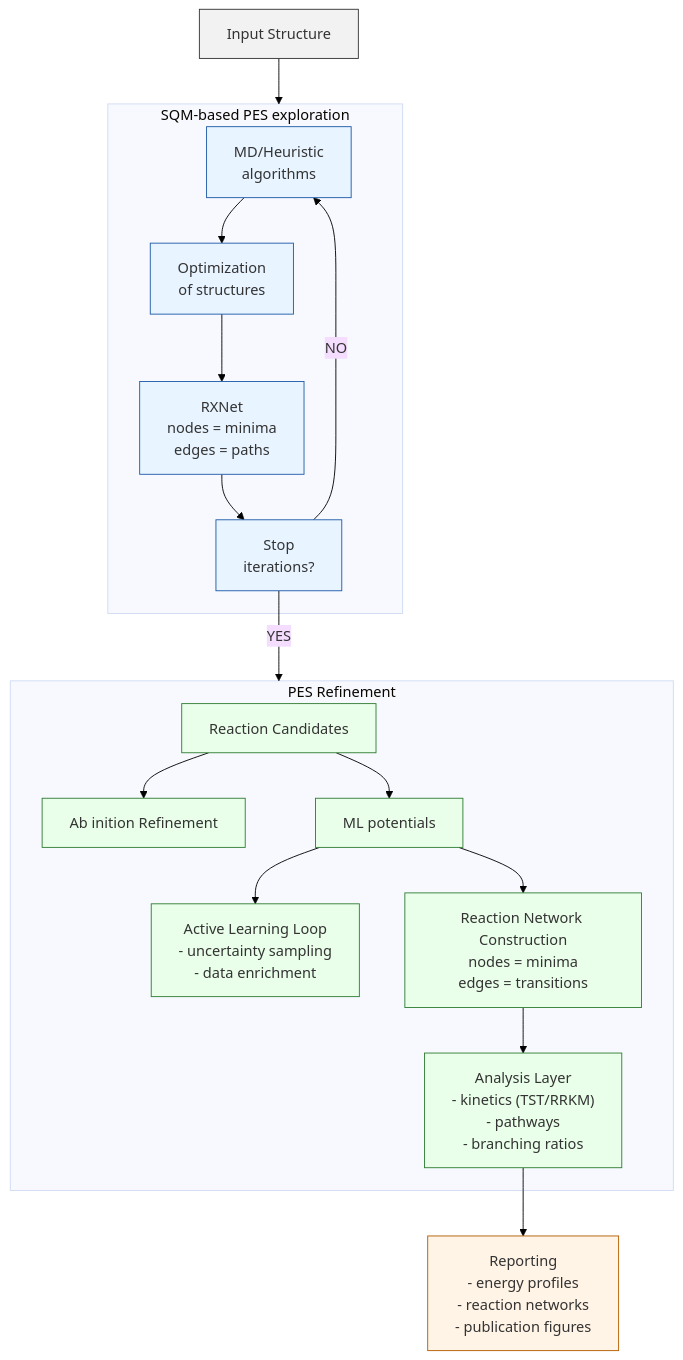
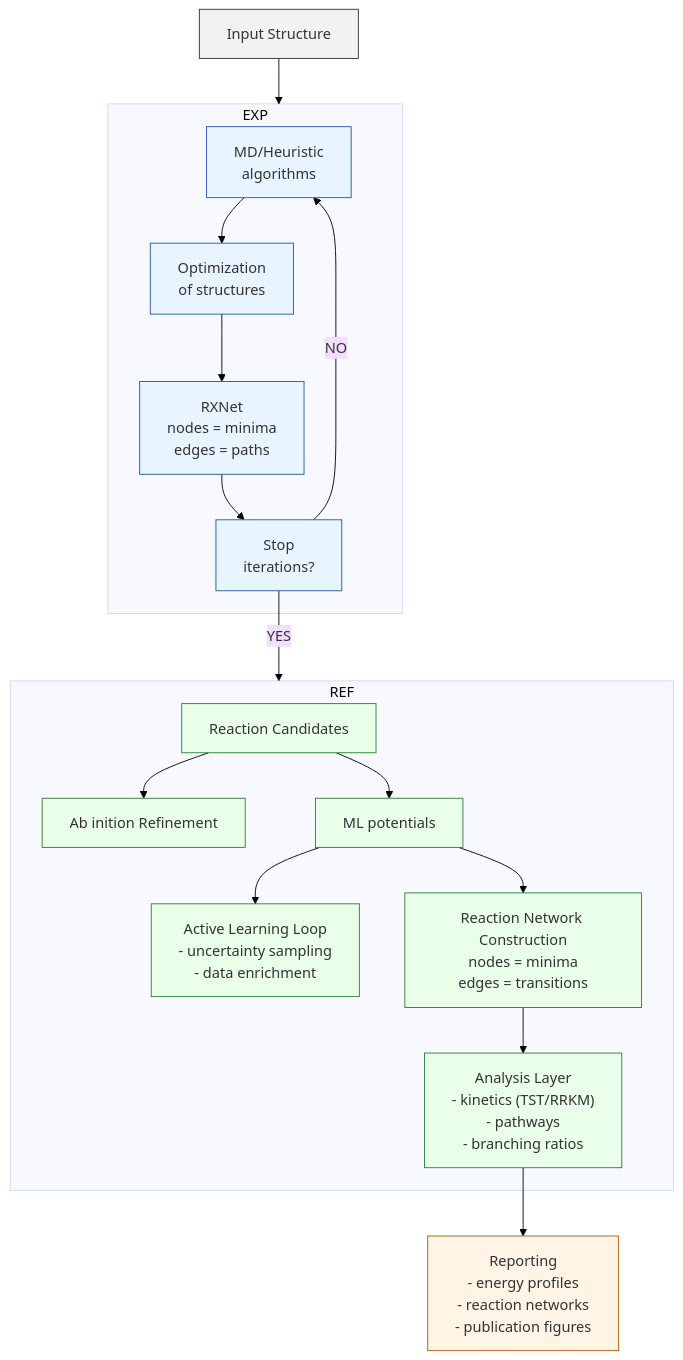
Before and after one commit to emartineznunez/mermaid: the diagram in diagrams/diagrama.mmd, drawn with Mermaid.

```diff
--- a/diagrams/diagrama.mmd
+++ b/diagrams/diagrama.mmd
@@ -1,67 +1,67 @@
 %%{init: {
   'theme': 'base',
   'themeVariables': {
     'background': '#ffffff'
   }
 }}%%
 
 flowchart TD
 
 %% =========================
 %% Input
 %% =========================
 A["Input Structure"]
 
 %% =========================
 %% Exploration layer
 %% =========================
-subgraph EXP[SQM-based PES exploration]
+subgraph EXP
 B1["MD/Heuristic\n algorithms "]
 B2["Optimization\n of structures"]
 B3["RXNet\nnodes = minima\nedges = paths"]
 B4["Stop\niterations?"]
 
 B1 --> B2 --> B3 --> B4
 B4 -->|NO| B1
 end
 
 A --> EXP
 
 %% =========================
 %% Refinement layer
 %% =========================
-subgraph REF[PES Refinement]
+subgraph REF
 C[Reaction Candidates]
 
 C --> D["Ab inition Refinement"]
 C --> E["ML potentials"]
 
 E --> F["Active Learning Loop\n- uncertainty sampling\n- data enrichment"]
 E --> G["Reaction Network Construction\nnodes = minima\nedges = transitions"]
 
 G --> H["Analysis Layer\n- kinetics (TST/RRKM)\n- pathways\n- branching ratios"]
 end
 
 B4 -->|YES| REF
 
 %% =========================
 %% Output
 %% =========================
 H --> I["Reporting\n- energy profiles\n- reaction networks\n- publication figures"]
 
 %% =========================
 %% STYLING
 %% =========================
 
 classDef inputFill fill:#f2f2f2,stroke:#333,stroke-width:1px,fill-opacity:1;
 classDef expFill fill:#e8f4ff,stroke:#1e5aa8,stroke-width:1px,fill-opacity:1;
 classDef refFill fill:#eaffea,stroke:#2f7d32,stroke-width:1px,fill-opacity:1;
 classDef outFill fill:#fff4e6,stroke:#b35c00,stroke-width:1px,fill-opacity:1;
 
 class A inputFill;
 
 class B1,B2,B3,B4 expFill;
 
 class C,D,E,F,G,H refFill;
 
 class I outFill;
```
